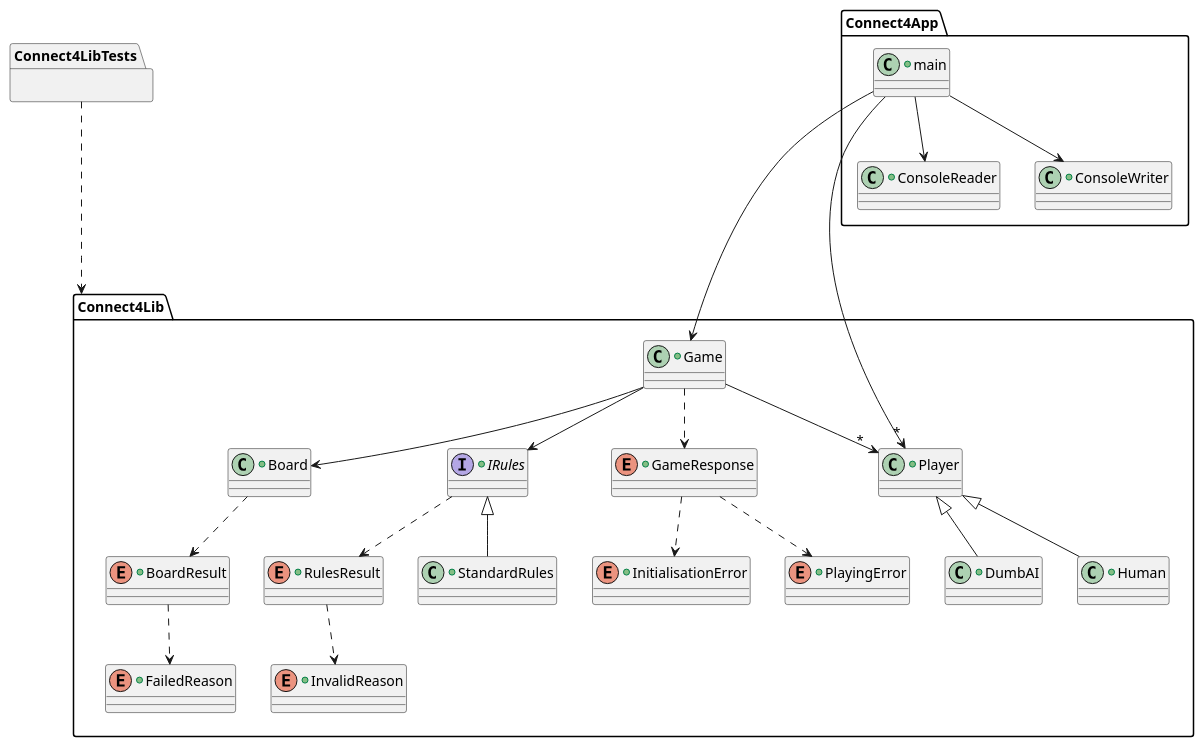
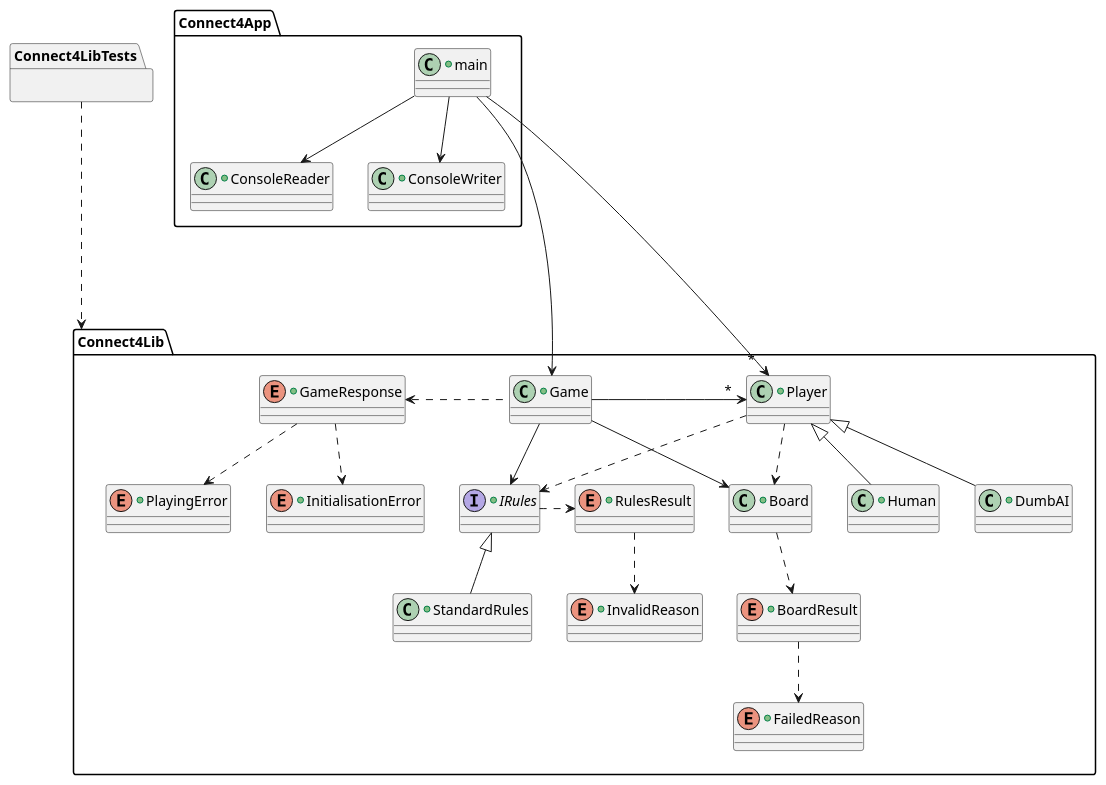
Before and after one commit to iShoFen/Connect4: the diagram in README.md, drawn with PlantUML.

Commit message:
📝 update readme
- Update class diagram

```diff
--- a/README.md
+++ b/README.md
@@ -52,9 +52,9 @@
     }
 
     Game --> Board
-    Game --> " *  " Player 
+    Game -right->" *  " Player : "                                   "
     Game --> IRules
-    Game ..> GameResponse
+    Game .left.> GameResponse : "                    "
 
     GameResponse ..> PlayingError
     GameResponse ..> InitialisationError
@@ -62,12 +62,14 @@
     Board ..> BoardResult
     BoardResult ..> FailedReason
 
-    IRules ..> RulesResult
+    IRules .right.> RulesResult
     RulesResult ..> InvalidReason
     IRules <|-- StandardRules
 
     Player <|-- Human
     Player <|-- DumbAI
+    Player ..> Board
+    Player ..> IRules
 }
 
 package Connect4App {
@@ -83,7 +85,7 @@
     main --> ConsoleReader
     main --> ConsoleWriter
     main ----> Game
-    main --> "*" Player
+    main --> " *  " Player
 }
 
 package Connect4LibTests{} 
```
